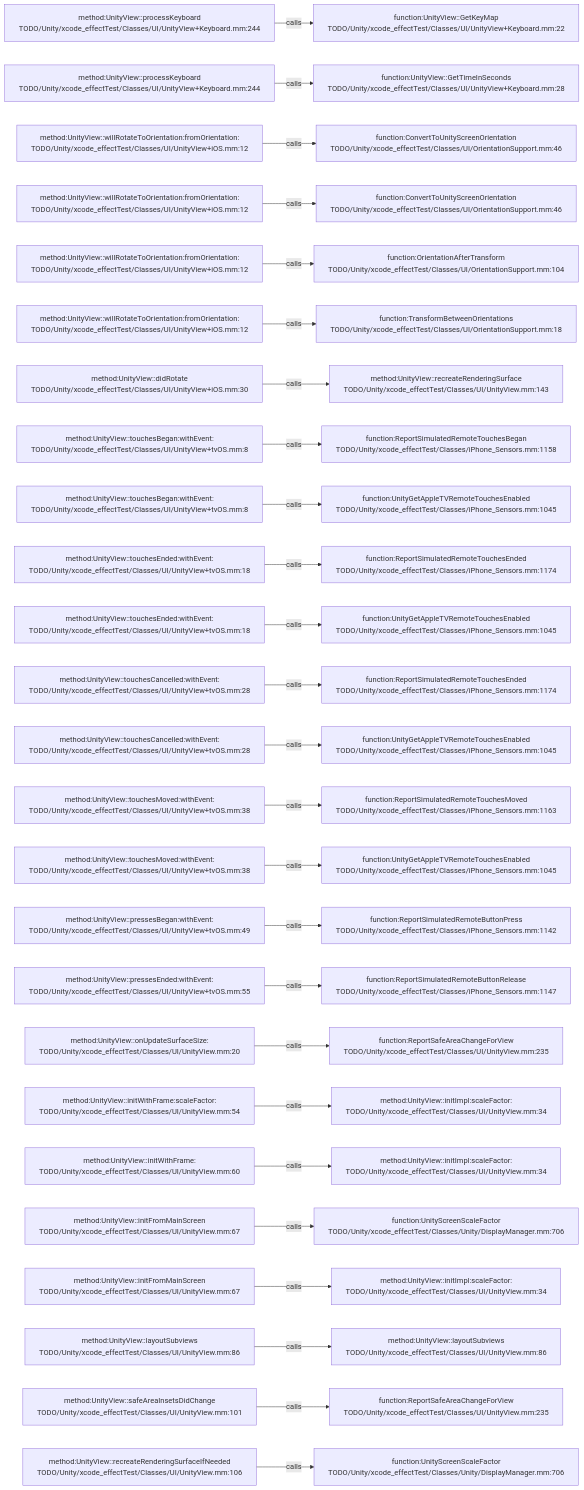
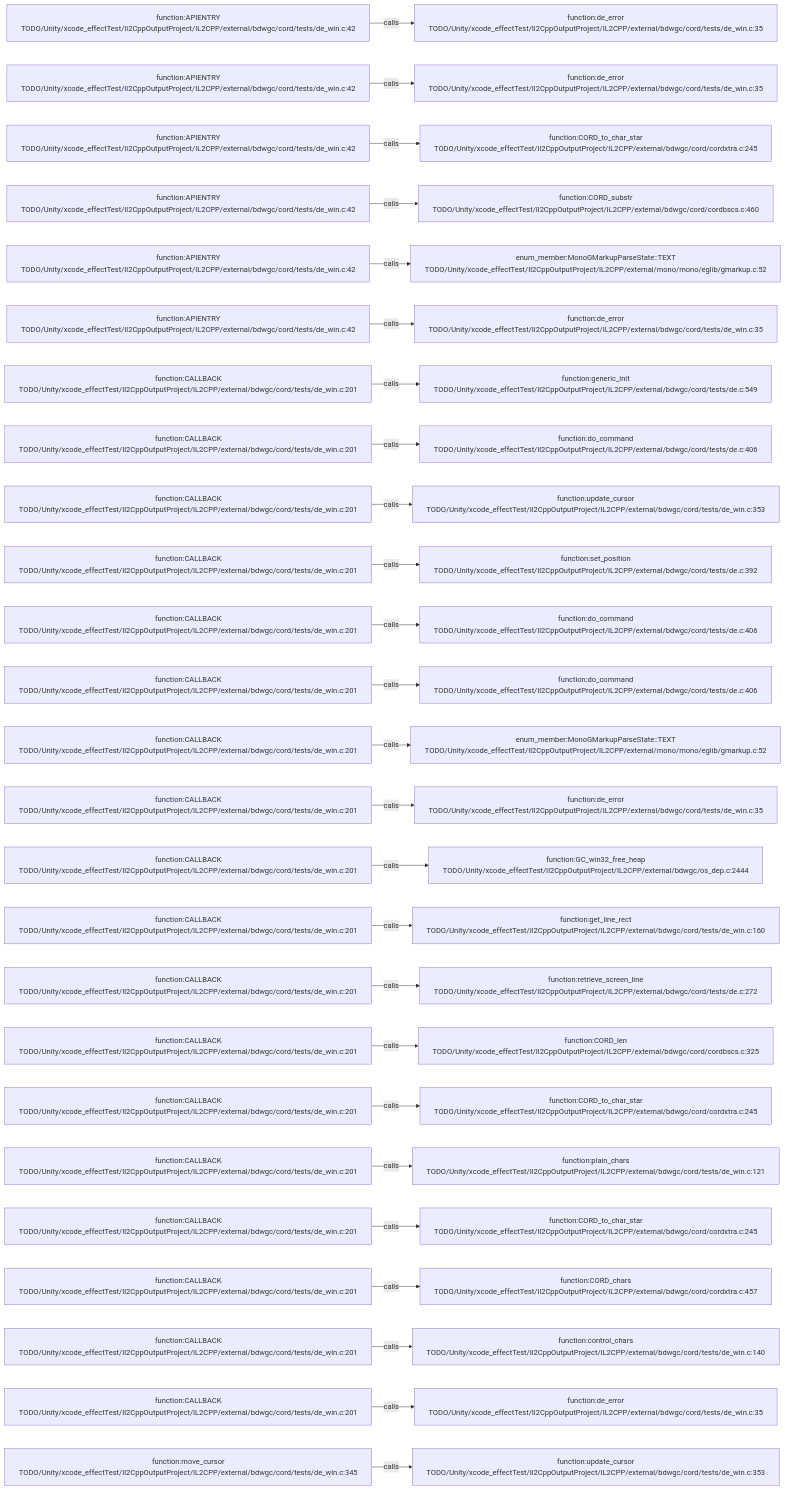
The diagram in .codegraph/codegraph.md/graphs/calls-096.md (JobsKits/JobsSwiftBaseConfigDemo), drawn with Mermaid before and after one commit. The commit also changed 227 other files, not shown here.

````diff
--- a/.codegraph/codegraph.md/graphs/calls-096.md
+++ b/.codegraph/codegraph.md/graphs/calls-096.md
@@ -13,78 +13,78 @@
 ```mermaid
 flowchart LR
-  S1["method:UnityView::processKeyboard<br/>TODO/Unity/xcode_effectTest/Classes/UI/UnityView+Keyboard.mm:244"]
-  T1["function:UnityView::GetKeyMap<br/>TODO/Unity/xcode_effectTest/Classes/UI/UnityView+Keyboard.mm:22"]
+  S1["function:APIENTRY<br/>TODO/Unity/xcode_effectTest/Il2CppOutputProject/IL2CPP/external/bdwgc/cord/tests/de_win.c:42"]
+  T1["function:de_error<br/>TODO/Unity/xcode_effectTest/Il2CppOutputProject/IL2CPP/external/bdwgc/cord/tests/de_win.c:35"]
   S1 -->|calls| T1
-  S2["method:UnityView::processKeyboard<br/>TODO/Unity/xcode_effectTest/Classes/UI/UnityView+Keyboard.mm:244"]
-  T2["function:UnityView::GetTimeInSeconds<br/>TODO/Unity/xcode_effectTest/Classes/UI/UnityView+Keyboard.mm:28"]
+  S2["function:APIENTRY<br/>TODO/Unity/xcode_effectTest/Il2CppOutputProject/IL2CPP/external/bdwgc/cord/tests/de_win.c:42"]
+  T2["function:de_error<br/>TODO/Unity/xcode_effectTest/Il2CppOutputProject/IL2CPP/external/bdwgc/cord/tests/de_win.c:35"]
   S2 -->|calls| T2
-  S3["method:UnityView::willRotateToOrientation:fromOrientation:<br/>TODO/Unity/xcode_effectTest/Classes/UI/UnityView+iOS.mm:12"]
-  T3["function:ConvertToUnityScreenOrientation<br/>TODO/Unity/xcode_effectTest/Classes/UI/OrientationSupport.mm:46"]
+  S3["function:APIENTRY<br/>TODO/Unity/xcode_effectTest/Il2CppOutputProject/IL2CPP/external/bdwgc/cord/tests/de_win.c:42"]
+  T3["function:CORD_to_char_star<br/>TODO/Unity/xcode_effectTest/Il2CppOutputProject/IL2CPP/external/bdwgc/cord/cordxtra.c:245"]
   S3 -->|calls| T3
-  S4["method:UnityView::willRotateToOrientation:fromOrientation:<br/>TODO/Unity/xcode_effectTest/Classes/UI/UnityView+iOS.mm:12"]
-  T4["function:ConvertToUnityScreenOrientation<br/>TODO/Unity/xcode_effectTest/Classes/UI/OrientationSupport.mm:46"]
+  S4["function:APIENTRY<br/>TODO/Unity/xcode_effectTest/Il2CppOutputProject/IL2CPP/external/bdwgc/cord/tests/de_win.c:42"]
+  T4["function:CORD_substr<br/>TODO/Unity/xcode_effectTest/Il2CppOutputProject/IL2CPP/external/bdwgc/cord/cordbscs.c:460"]
   S4 -->|calls| T4
-  S5["method:UnityView::willRotateToOrientation:fromOrientation:<br/>TODO/Unity/xcode_effectTest/Classes/UI/UnityView+iOS.mm:12"]
-  T5["function:OrientationAfterTransform<br/>TODO/Unity/xcode_effectTest/Classes/UI/OrientationSupport.mm:104"]
+  S5["function:APIENTRY<br/>TODO/Unity/xcode_effectTest/Il2CppOutputProject/IL2CPP/external/bdwgc/cord/tests/de_win.c:42"]
+  T5["enum_member:MonoGMarkupParseState::TEXT<br/>TODO/Unity/xcode_effectTest/Il2CppOutputProject/IL2CPP/external/mono/mono/eglib/gmarkup.c:52"]
   S5 -->|calls| T5
-  S6["method:UnityView::willRotateToOrientation:fromOrientation:<br/>TODO/Unity/xcode_effectTest/Classes/UI/UnityView+iOS.mm:12"]
-  T6["function:TransformBetweenOrientations<br/>TODO/Unity/xcode_effectTest/Classes/UI/OrientationSupport.mm:18"]
+  S6["function:APIENTRY<br/>TODO/Unity/xcode_effectTest/Il2CppOutputProject/IL2CPP/external/bdwgc/cord/tests/de_win.c:42"]
+  T6["function:de_error<br/>TODO/Unity/xcode_effectTest/Il2CppOutputProject/IL2CPP/external/bdwgc/cord/tests/de_win.c:35"]
   S6 -->|calls| T6
-  S7["method:UnityView::didRotate<br/>TODO/Unity/xcode_effectTest/Classes/UI/UnityView+iOS.mm:30"]
-  T7["method:UnityView::recreateRenderingSurface<br/>TODO/Unity/xcode_effectTest/Classes/UI/UnityView.mm:143"]
+  S7["function:CALLBACK<br/>TODO/Unity/xcode_effectTest/Il2CppOutputProject/IL2CPP/external/bdwgc/cord/tests/de_win.c:201"]
+  T7["function:generic_init<br/>TODO/Unity/xcode_effectTest/Il2CppOutputProject/IL2CPP/external/bdwgc/cord/tests/de.c:549"]
   S7 -->|calls| T7
-  S8["method:UnityView::touchesBegan:withEvent:<br/>TODO/Unity/xcode_effectTest/Classes/UI/UnityView+tvOS.mm:8"]
-  T8["function:ReportSimulatedRemoteTouchesBegan<br/>TODO/Unity/xcode_effectTest/Classes/iPhone_Sensors.mm:1158"]
+  S8["function:CALLBACK<br/>TODO/Unity/xcode_effectTest/Il2CppOutputProject/IL2CPP/external/bdwgc/cord/tests/de_win.c:201"]
+  T8["function:do_command<br/>TODO/Unity/xcode_effectTest/Il2CppOutputProject/IL2CPP/external/bdwgc/cord/tests/de.c:406"]
   S8 -->|calls| T8
-  S9["method:UnityView::touchesBegan:withEvent:<br/>TODO/Unity/xcode_effectTest/Classes/UI/UnityView+tvOS.mm:8"]
-  T9["function:UnityGetAppleTVRemoteTouchesEnabled<br/>TODO/Unity/xcode_effectTest/Classes/iPhone_Sensors.mm:1045"]
+  S9["function:CALLBACK<br/>TODO/Unity/xcode_effectTest/Il2CppOutputProject/IL2CPP/external/bdwgc/cord/tests/de_win.c:201"]
+  T9["function:update_cursor<br/>TODO/Unity/xcode_effectTest/Il2CppOutputProject/IL2CPP/external/bdwgc/cord/tests/de_win.c:353"]
   S9 -->|calls| T9
-  S10["method:UnityView::touchesEnded:withEvent:<br/>TODO/Unity/xcode_effectTest/Classes/UI/UnityView+tvOS.mm:18"]
-  T10["function:ReportSimulatedRemoteTouchesEnded<br/>TODO/Unity/xcode_effectTest/Classes/iPhone_Sensors.mm:1174"]
+  S10["function:CALLBACK<br/>TODO/Unity/xcode_effectTest/Il2CppOutputProject/IL2CPP/external/bdwgc/cord/tests/de_win.c:201"]
+  T10["function:set_position<br/>TODO/Unity/xcode_effectTest/Il2CppOutputProject/IL2CPP/external/bdwgc/cord/tests/de.c:392"]
   S10 -->|calls| T10
-  S11["method:UnityView::touchesEnded:withEvent:<br/>TODO/Unity/xcode_effectTest/Classes/UI/UnityView+tvOS.mm:18"]
-  T11["function:UnityGetAppleTVRemoteTouchesEnabled<br/>TODO/Unity/xcode_effectTest/Classes/iPhone_Sensors.mm:1045"]
+  S11["function:CALLBACK<br/>TODO/Unity/xcode_effectTest/Il2CppOutputProject/IL2CPP/external/bdwgc/cord/tests/de_win.c:201"]
+  T11["function:do_command<br/>TODO/Unity/xcode_effectTest/Il2CppOutputProject/IL2CPP/external/bdwgc/cord/tests/de.c:406"]
   S11 -->|calls| T11
-  S12["method:UnityView::touchesCancelled:withEvent:<br/>TODO/Unity/xcode_effectTest/Classes/UI/UnityView+tvOS.mm:28"]
-  T12["function:ReportSimulatedRemoteTouchesEnded<br/>TODO/Unity/xcode_effectTest/Classes/iPhone_Sensors.mm:1174"]
+  S12["function:CALLBACK<br/>TODO/Unity/xcode_effectTest/Il2CppOutputProject/IL2CPP/external/bdwgc/cord/tests/de_win.c:201"]
+  T12["function:do_command<br/>TODO/Unity/xcode_effectTest/Il2CppOutputProject/IL2CPP/external/bdwgc/cord/tests/de.c:406"]
   S12 -->|calls| T12
-  S13["method:UnityView::touchesCancelled:withEvent:<br/>TODO/Unity/xcode_effectTest/Classes/UI/UnityView+tvOS.mm:28"]
-  T13["function:UnityGetAppleTVRemoteTouchesEnabled<br/>TODO/Unity/xcode_effectTest/Classes/iPhone_Sensors.mm:1045"]
+  S13["function:CALLBACK<br/>TODO/Unity/xcode_effectTest/Il2CppOutputProject/IL2CPP/external/bdwgc/cord/tests/de_win.c:201"]
+  T13["enum_member:MonoGMarkupParseState::TEXT<br/>TODO/Unity/xcode_effectTest/Il2CppOutputProject/IL2CPP/external/mono/mono/eglib/gmarkup.c:52"]
   S13 -->|calls| T13
-  S14["method:UnityView::touchesMoved:withEvent:<br/>TODO/Unity/xcode_effectTest/Classes/UI/UnityView+tvOS.mm:38"]
-  T14["function:ReportSimulatedRemoteTouchesMoved<br/>TODO/Unity/xcode_effectTest/Classes/iPhone_Sensors.mm:1163"]
+  S14["function:CALLBACK<br/>TODO/Unity/xcode_effectTest/Il2CppOutputProject/IL2CPP/external/bdwgc/cord/tests/de_win.c:201"]
+  T14["function:de_error<br/>TODO/Unity/xcode_effectTest/Il2CppOutputProject/IL2CPP/external/bdwgc/cord/tests/de_win.c:35"]
   S14 -->|calls| T14
-  S15["method:UnityView::touchesMoved:withEvent:<br/>TODO/Unity/xcode_effectTest/Classes/UI/UnityView+tvOS.mm:38"]
-  T15["function:UnityGetAppleTVRemoteTouchesEnabled<br/>TODO/Unity/xcode_effectTest/Classes/iPhone_Sensors.mm:1045"]
+  S15["function:CALLBACK<br/>TODO/Unity/xcode_effectTest/Il2CppOutputProject/IL2CPP/external/bdwgc/cord/tests/de_win.c:201"]
+  T15["function:GC_win32_free_heap<br/>TODO/Unity/xcode_effectTest/Il2CppOutputProject/IL2CPP/external/bdwgc/os_dep.c:2444"]
   S15 -->|calls| T15
-  S16["method:UnityView::pressesBegan:withEvent:<br/>TODO/Unity/xcode_effectTest/Classes/UI/UnityView+tvOS.mm:49"]
-  T16["function:ReportSimulatedRemoteButtonPress<br/>TODO/Unity/xcode_effectTest/Classes/iPhone_Sensors.mm:1142"]
+  S16["function:CALLBACK<br/>TODO/Unity/xcode_effectTest/Il2CppOutputProject/IL2CPP/external/bdwgc/cord/tests/de_win.c:201"]
+  T16["function:get_line_rect<br/>TODO/Unity/xcode_effectTest/Il2CppOutputProject/IL2CPP/external/bdwgc/cord/tests/de_win.c:160"]
   S16 -->|calls| T16
-  S17["method:UnityView::pressesEnded:withEvent:<br/>TODO/Unity/xcode_effectTest/Classes/UI/UnityView+tvOS.mm:55"]
-  T17["function:ReportSimulatedRemoteButtonRelease<br/>TODO/Unity/xcode_effectTest/Classes/iPhone_Sensors.mm:1147"]
+  S17["function:CALLBACK<br/>TODO/Unity/xcode_effectTest/Il2CppOutputProject/IL2CPP/external/bdwgc/cord/tests/de_win.c:201"]
+  T17["function:retrieve_screen_line<br/>TODO/Unity/xcode_effectTest/Il2CppOutputProject/IL2CPP/external/bdwgc/cord/tests/de.c:272"]
   S17 -->|calls| T17
-  S18["method:UnityView::onUpdateSurfaceSize:<br/>TODO/Unity/xcode_effectTest/Classes/UI/UnityView.mm:20"]
-  T18["function:ReportSafeAreaChangeForView<br/>TODO/Unity/xcode_effectTest/Classes/UI/UnityView.mm:235"]
+  S18["function:CALLBACK<br/>TODO/Unity/xcode_effectTest/Il2CppOutputProject/IL2CPP/external/bdwgc/cord/tests/de_win.c:201"]
+  T18["function:CORD_len<br/>TODO/Unity/xcode_effectTest/Il2CppOutputProject/IL2CPP/external/bdwgc/cord/cordbscs.c:325"]
   S18 -->|calls| T18
-  S19["method:UnityView::initWithFrame:scaleFactor:<br/>TODO/Unity/xcode_effectTest/Classes/UI/UnityView.mm:54"]
-  T19["method:UnityView::initImpl:scaleFactor:<br/>TODO/Unity/xcode_effectTest/Classes/UI/UnityView.mm:34"]
+  S19["function:CALLBACK<br/>TODO/Unity/xcode_effectTest/Il2CppOutputProject/IL2CPP/external/bdwgc/cord/tests/de_win.c:201"]
+  T19["function:CORD_to_char_star<br/>TODO/Unity/xcode_effectTest/Il2CppOutputProject/IL2CPP/external/bdwgc/cord/cordxtra.c:245"]
   S19 -->|calls| T19
-  S20["method:UnityView::initWithFrame:<br/>TODO/Unity/xcode_effectTest/Classes/UI/UnityView.mm:60"]
-  T20["method:UnityView::initImpl:scaleFactor:<br/>TODO/Unity/xcode_effectTest/Classes/UI/UnityView.mm:34"]
+  S20["function:CALLBACK<br/>TODO/Unity/xcode_effectTest/Il2CppOutputProject/IL2CPP/external/bdwgc/cord/tests/de_win.c:201"]
+  T20["function:plain_chars<br/>TODO/Unity/xcode_effectTest/Il2CppOutputProject/IL2CPP/external/bdwgc/cord/tests/de_win.c:121"]
   S20 -->|calls| T20
-  S21["method:UnityView::initFromMainScreen<br/>TODO/Unity/xcode_effectTest/Classes/UI/UnityView.mm:67"]
-  T21["function:UnityScreenScaleFactor<br/>TODO/Unity/xcode_effectTest/Classes/Unity/DisplayManager.mm:706"]
+  S21["function:CALLBACK<br/>TODO/Unity/xcode_effectTest/Il2CppOutputProject/IL2CPP/external/bdwgc/cord/tests/de_win.c:201"]
+  T21["function:CORD_to_char_star<br/>TODO/Unity/xcode_effectTest/Il2CppOutputProject/IL2CPP/external/bdwgc/cord/cordxtra.c:245"]
   S21 -->|calls| T21
-  S22["method:UnityView::initFromMainScreen<br/>TODO/Unity/xcode_effectTest/Classes/UI/UnityView.mm:67"]
-  T22["method:UnityView::initImpl:scaleFactor:<br/>TODO/Unity/xcode_effectTest/Classes/UI/UnityView.mm:34"]
+  S22["function:CALLBACK<br/>TODO/Unity/xcode_effectTest/Il2CppOutputProject/IL2CPP/external/bdwgc/cord/tests/de_win.c:201"]
+  T22["function:CORD_chars<br/>TODO/Unity/xcode_effectTest/Il2CppOutputProject/IL2CPP/external/bdwgc/cord/cordxtra.c:457"]
   S22 -->|calls| T22
-  S23["method:UnityView::layoutSubviews<br/>TODO/Unity/xcode_effectTest/Classes/UI/UnityView.mm:86"]
-  T23["method:UnityView::layoutSubviews<br/>TODO/Unity/xcode_effectTest/Classes/UI/UnityView.mm:86"]
+  S23["function:CALLBACK<br/>TODO/Unity/xcode_effectTest/Il2CppOutputProject/IL2CPP/external/bdwgc/cord/tests/de_win.c:201"]
+  T23["function:control_chars<br/>TODO/Unity/xcode_effectTest/Il2CppOutputProject/IL2CPP/external/bdwgc/cord/tests/de_win.c:140"]
   S23 -->|calls| T23
-  S24["method:UnityView::safeAreaInsetsDidChange<br/>TODO/Unity/xcode_effectTest/Classes/UI/UnityView.mm:101"]
-  T24["function:ReportSafeAreaChangeForView<br/>TODO/Unity/xcode_effectTest/Classes/UI/UnityView.mm:235"]
+  S24["function:CALLBACK<br/>TODO/Unity/xcode_effectTest/Il2CppOutputProject/IL2CPP/external/bdwgc/cord/tests/de_win.c:201"]
+  T24["function:de_error<br/>TODO/Unity/xcode_effectTest/Il2CppOutputProject/IL2CPP/external/bdwgc/cord/tests/de_win.c:35"]
   S24 -->|calls| T24
-  S25["method:UnityView::recreateRenderingSurfaceIfNeeded<br/>TODO/Unity/xcode_effectTest/Classes/UI/UnityView.mm:106"]
-  T25["function:UnityScreenScaleFactor<br/>TODO/Unity/xcode_effectTest/Classes/Unity/DisplayManager.mm:706"]
+  S25["function:move_cursor<br/>TODO/Unity/xcode_effectTest/Il2CppOutputProject/IL2CPP/external/bdwgc/cord/tests/de_win.c:345"]
+  T25["function:update_cursor<br/>TODO/Unity/xcode_effectTest/Il2CppOutputProject/IL2CPP/external/bdwgc/cord/tests/de_win.c:353"]
   S25 -->|calls| T25
 ```
````
